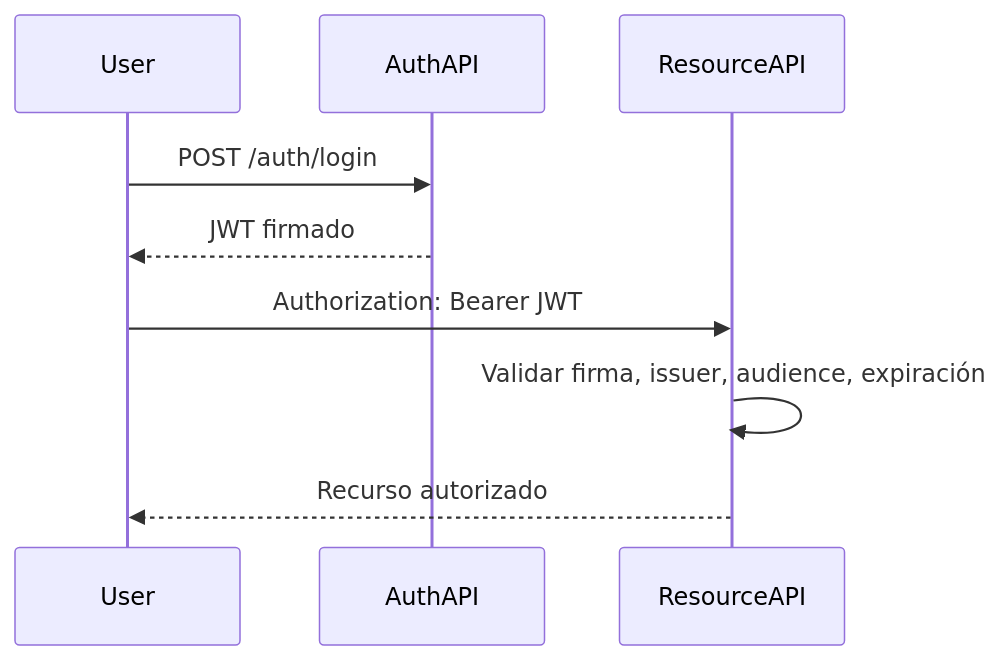
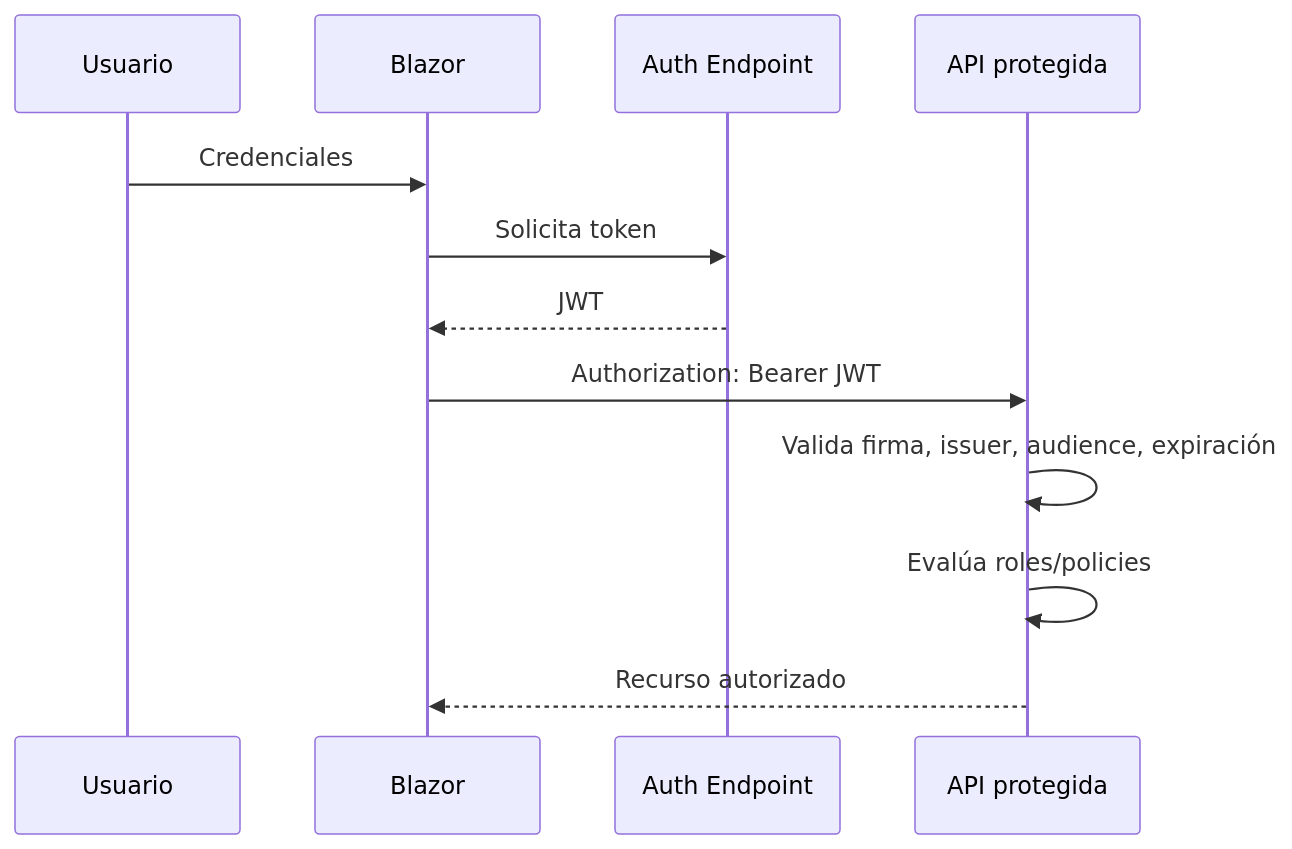
The diagram in Modulo1/Semana7/README.md (johans08/Curso-Arquitectura-de-Software-y-CloudOps), drawn with Mermaid before and after one commit. The commit also changed other lines of this file and 151 other files, not shown here.

````diff
--- a/Modulo1/Semana7/README.md
+++ b/Modulo1/Semana7/README.md
@@ -38,12 +121,15 @@
 ```mermaid
 sequenceDiagram
-    participant User
-    participant AuthAPI
-    participant ResourceAPI
+    participant U as Usuario
+    participant UI as Blazor
+    participant AUTH as Auth Endpoint
+    participant API as API protegida
 
-    User->>AuthAPI: POST /auth/login
-    AuthAPI-->>User: JWT firmado
-    User->>ResourceAPI: Authorization: Bearer JWT
-    ResourceAPI->>ResourceAPI: Validar firma, issuer, audience, expiración
-    ResourceAPI-->>User: Recurso autorizado
+    U->>UI: Credenciales
+    UI->>AUTH: Solicita token
+    AUTH-->>UI: JWT
+    UI->>API: Authorization: Bearer JWT
+    API->>API: Valida firma, issuer, audience, expiración
+    API->>API: Evalúa roles/policies
+    API-->>UI: Recurso autorizado
 ```
````
